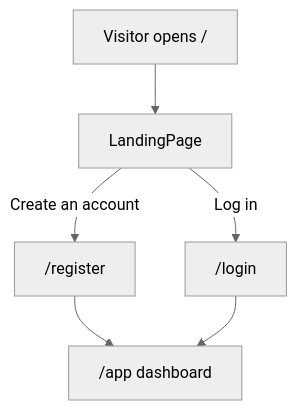
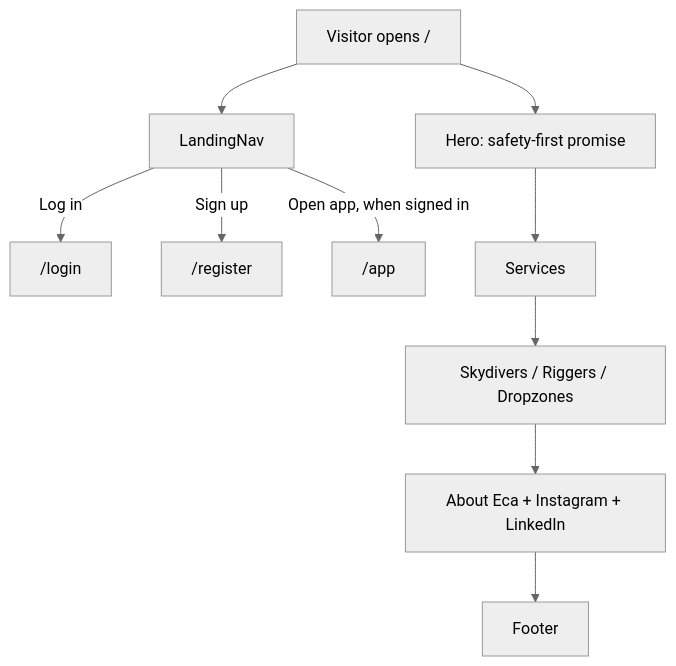
The diagram in .github/specs/landing-page.md (EcaCosca/bendike), drawn with Mermaid (neutral theme) before and after one commit. The commit also changed other lines of this file and 25 other files, not shown here.

First line of the commit message:
feat: landing and about pages from the briefing

````diff
--- a/.github/specs/landing-page.md
+++ b/.github/specs/landing-page.md
@@ -78,8 +125,12 @@
 ```mermaid
 flowchart TD
-  visit["Visitor opens /"] --> landing[LandingPage]
-  landing -->|Create an account| register["/register"]
-  landing -->|Log in| login["/login"]
-  register --> app["/app dashboard"]
-  login --> app
+  visit["Visitor opens /"] --> nav[LandingNav]
+  nav -->|Log in| login["/login"]
+  nav -->|Sign up| register["/register"]
+  nav -->|Open app, when signed in| app["/app"]
+  visit --> hero[Hero: safety-first promise]
+  hero --> services[Services]
+  services --> audiences[Skydivers / Riggers / Dropzones]
+  audiences --> about["About Eca + Instagram + LinkedIn"]
+  about --> footer[Footer]
 ```
````
